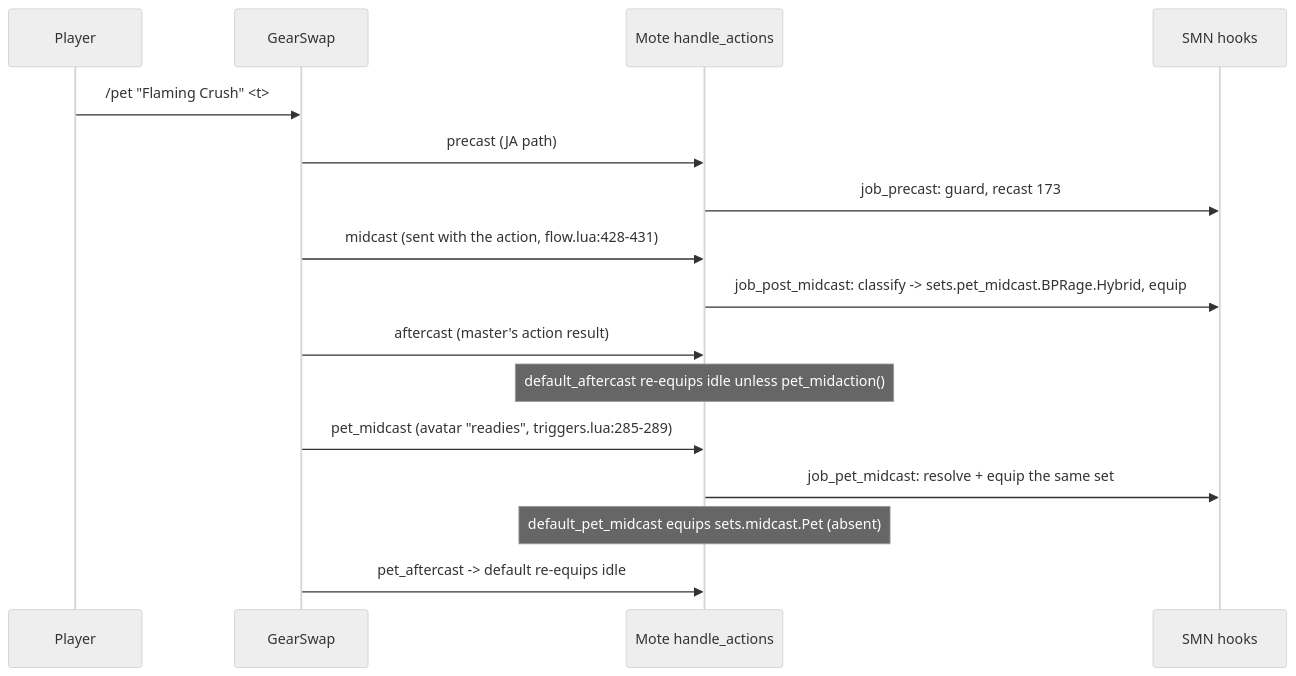
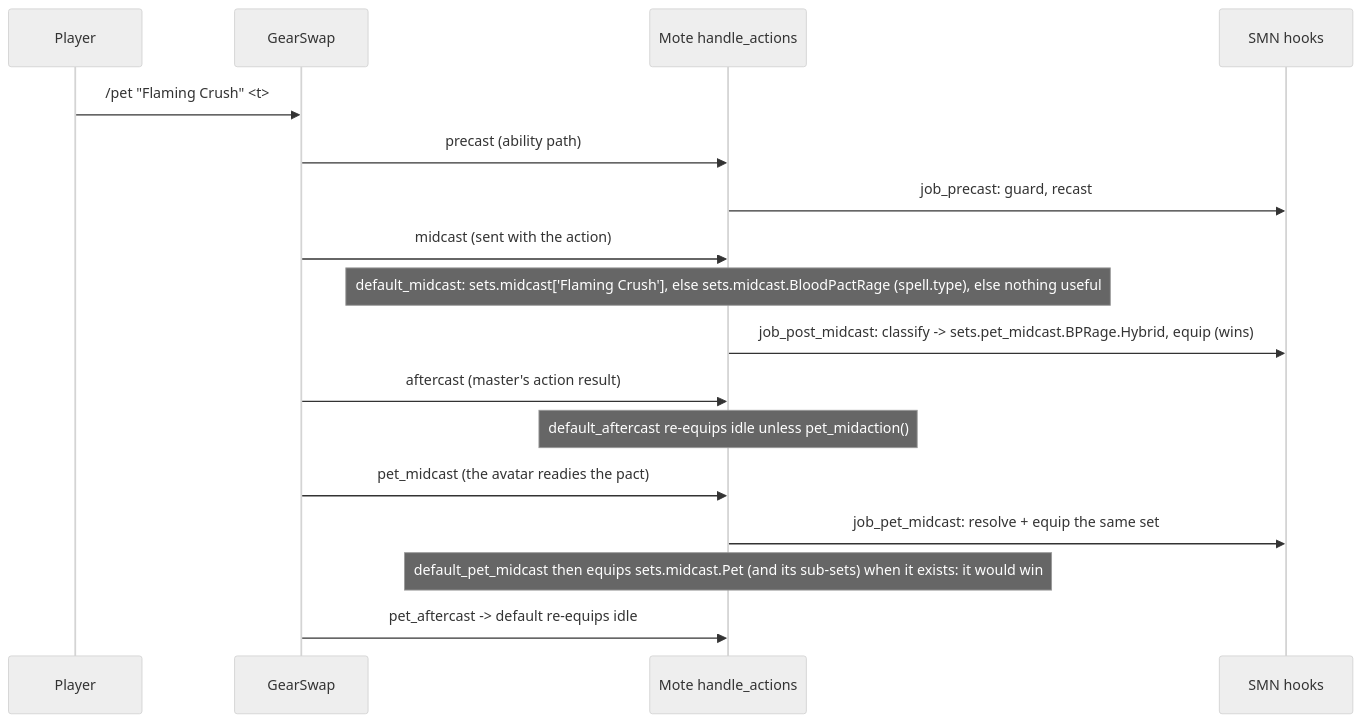
Before and after one commit to ejouanchicot/Gearswap: the diagram in docs/dev/jobs/smn.md, drawn with Mermaid (neutral theme). The commit also changed other lines of this file and 31 other files, not shown here.

````diff
--- a/docs/dev/jobs/smn.md
+++ b/docs/dev/jobs/smn.md
@@ -147,18 +147,19 @@
 ```mermaid
 sequenceDiagram
     participant U as Player
     participant GS as GearSwap
     participant M as Mote handle_actions
     participant J as SMN hooks
     U->>GS: /pet "Flaming Crush" <t>
-    GS->>M: precast (JA path)
-    M->>J: job_precast: guard, recast 173
-    GS->>M: midcast (sent with the action, flow.lua:428-431)
-    M->>J: job_post_midcast: classify -> sets.pet_midcast.BPRage.Hybrid, equip
+    GS->>M: precast (ability path)
+    M->>J: job_precast: guard, recast
+    GS->>M: midcast (sent with the action)
+    Note over M: default_midcast: sets.midcast['Flaming Crush'], else sets.midcast.BloodPactRage (spell.type), else nothing useful
+    M->>J: job_post_midcast: classify -> sets.pet_midcast.BPRage.Hybrid, equip (wins)
     GS->>M: aftercast (master's action result)
     Note over M: default_aftercast re-equips idle unless pet_midaction()
-    GS->>M: pet_midcast (avatar "readies", triggers.lua:285-289)
+    GS->>M: pet_midcast (the avatar readies the pact)
     M->>J: job_pet_midcast: resolve + equip the same set
-    Note over M: default_pet_midcast equips sets.midcast.Pet (absent)
+    Note over M: default_pet_midcast then equips sets.midcast.Pet (and its sub-sets) when it exists: it would win
     GS->>M: pet_aftercast -> default re-equips idle
 ```
````
